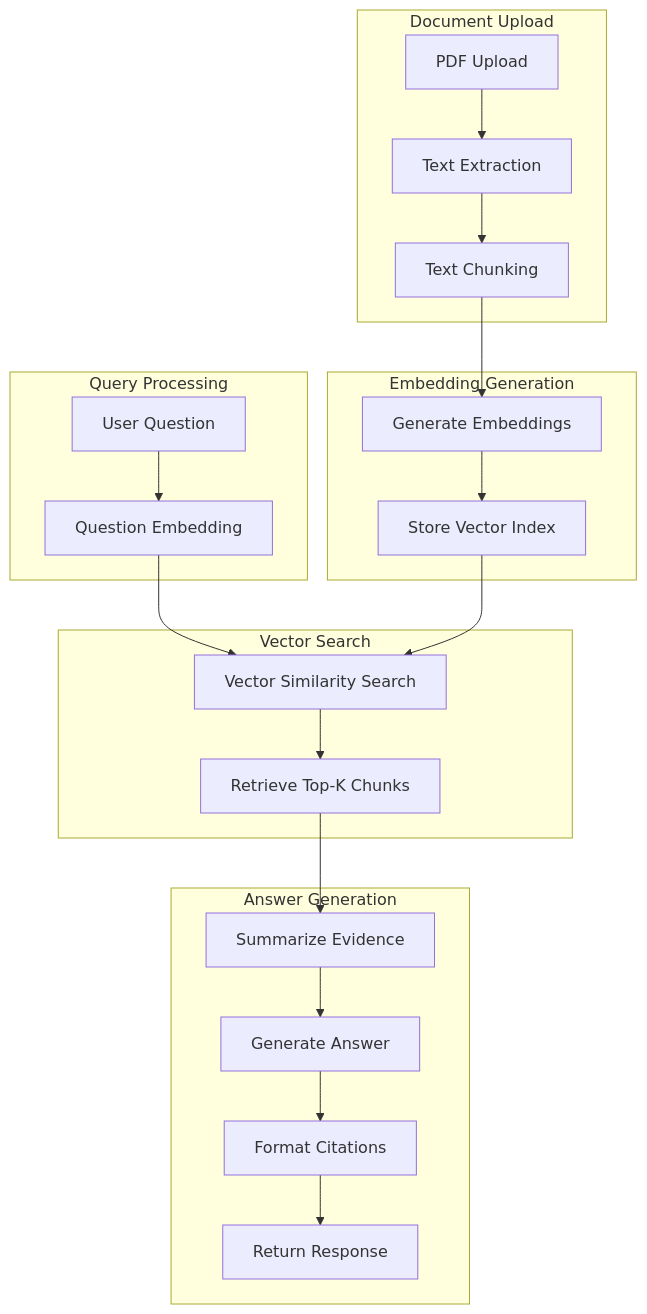
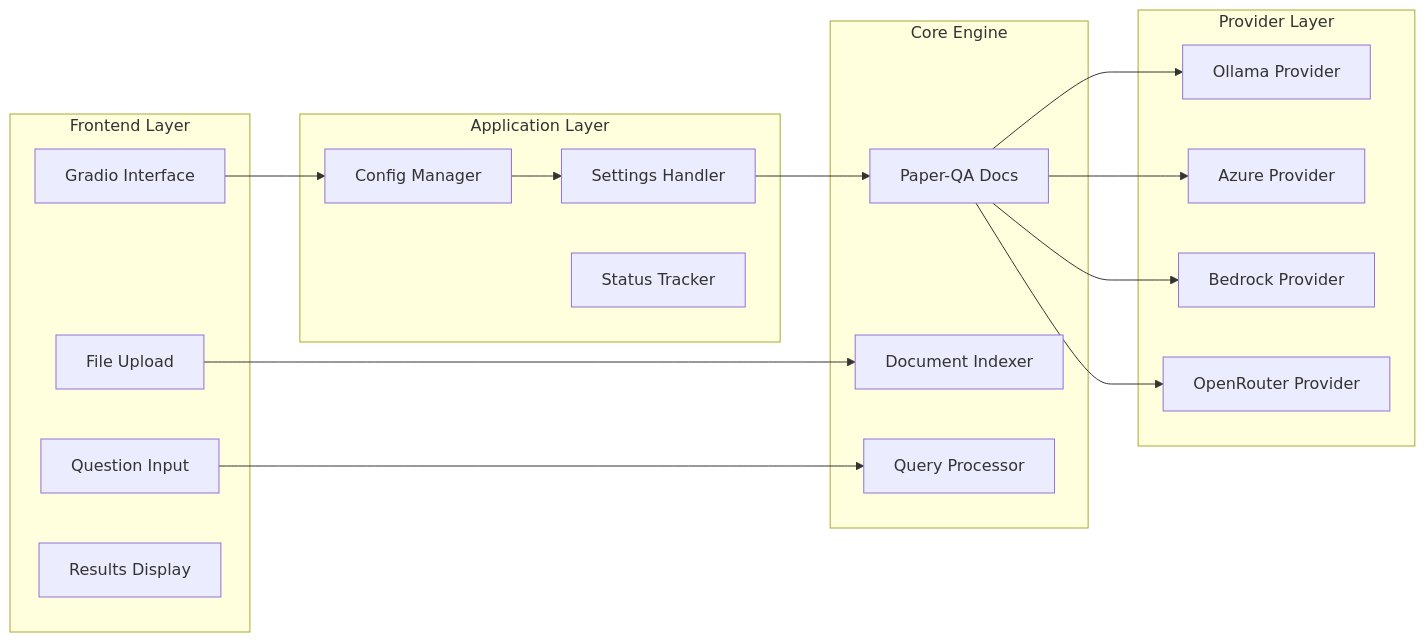
The third of 5 diagrams in DEVELOPER.md (usathyan/paper-qa-ui), drawn with Mermaid before and after one commit. The commit also changed other lines of this file and 4 other files, not shown here.

````diff
--- a/DEVELOPER.md
+++ b/DEVELOPER.md
@@ -116,36 +64,38 @@
 ```mermaid
-graph TD
-    subgraph UPLOAD["Document Upload"]
-        A[PDF Upload]
-        B[Text Extraction]
-        C[Text Chunking]
-        A --> B --> C
+graph LR
+    subgraph "Frontend Layer"
+        A[Gradio Interface]
+        B[File Upload]
+        C[Question Input]
+        D[Results Display]
     end
     
-    subgraph EMBED["Embedding Generation"]
-        D[Generate Embeddings]
-        E[Store Vector Index]
-        C --> D --> E
+    subgraph "Application Layer"
+        E[Config Manager]
+        F[Settings Handler]
+        G[Status Tracker]
     end
     
-    subgraph QUERY["Query Processing"]
-        F[User Question]
-        G[Question Embedding]
-        F --> G
+    subgraph "Core Engine"
+        H[Paper-QA Docs]
+        I[Document Indexer]
+        J[Query Processor]
     end
     
-    subgraph SEARCH["Vector Search"]
-        H[Vector Similarity Search]
-        I[Retrieve Top-K Chunks]
-        G --> H --> I
-        E --> H
+    subgraph "Provider Layer"
+        K[Ollama Provider]
+        L[Azure Provider]
+        M[Bedrock Provider]
+        N[OpenRouter Provider]
     end
     
-    subgraph ANSWER["Answer Generation"]
-        J[Summarize Evidence]
-        K[Generate Answer]
-        L[Format Citations]
-        M[Return Response]
-        I --> J --> K --> L --> M
-    end
+    A --> E
+    B --> I
+    C --> J
+    E --> F
+    F --> H
+    H --> K
+    H --> L
+    H --> M
+    H --> N
 ```
````
